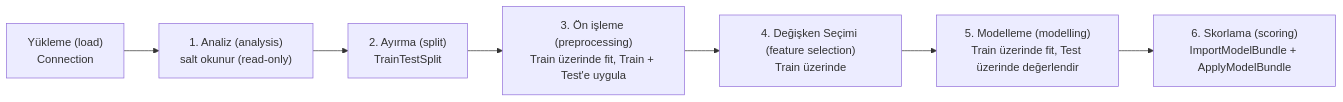
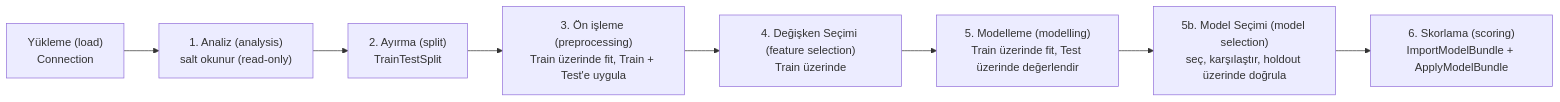
The diagram in GuideTR.md (ffarukkoc/koco-ml), drawn with Mermaid before and after one commit. The commit also changed other lines of this file and 7 other files, not shown here.

First line of the commit message:
Add model_selection module and bump version to 0.1.1

````diff
--- a/GuideTR.md
+++ b/GuideTR.md
@@ -21,9 +22,10 @@
 ```mermaid
 flowchart LR
   L["Yükleme (load)<br/>Connection"] --> A["1. Analiz (analysis)<br/>salt okunur (read-only)"]
   A --> S["2. Ayırma (split)<br/>TrainTestSplit"]
   S --> P["3. Ön işleme (preprocessing)<br/>Train üzerinde fit, Train + Test'e uygula"]
   P --> F["4. Değişken Seçimi (feature selection)<br/>Train üzerinde"]
   F --> M["5. Modelleme (modelling)<br/>Train üzerinde fit, Test üzerinde değerlendir"]
-  M --> D["6. Skorlama (scoring)<br/>ImportModelBundle + ApplyModelBundle"]
+  M --> C["5b. Model Seçimi (model selection)<br/>seç, karşılaştır, holdout üzerinde doğrula"]
+  C --> D["6. Skorlama (scoring)<br/>ImportModelBundle + ApplyModelBundle"]
 ```
````
